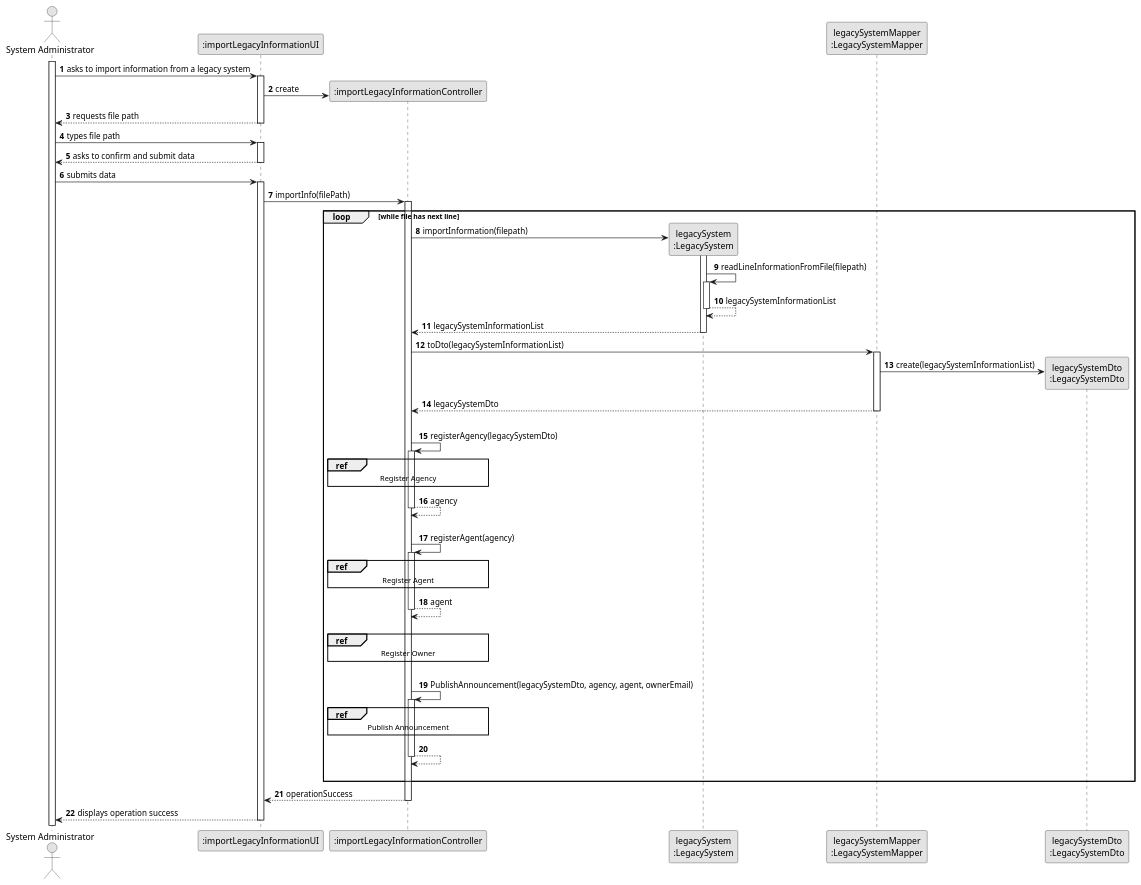
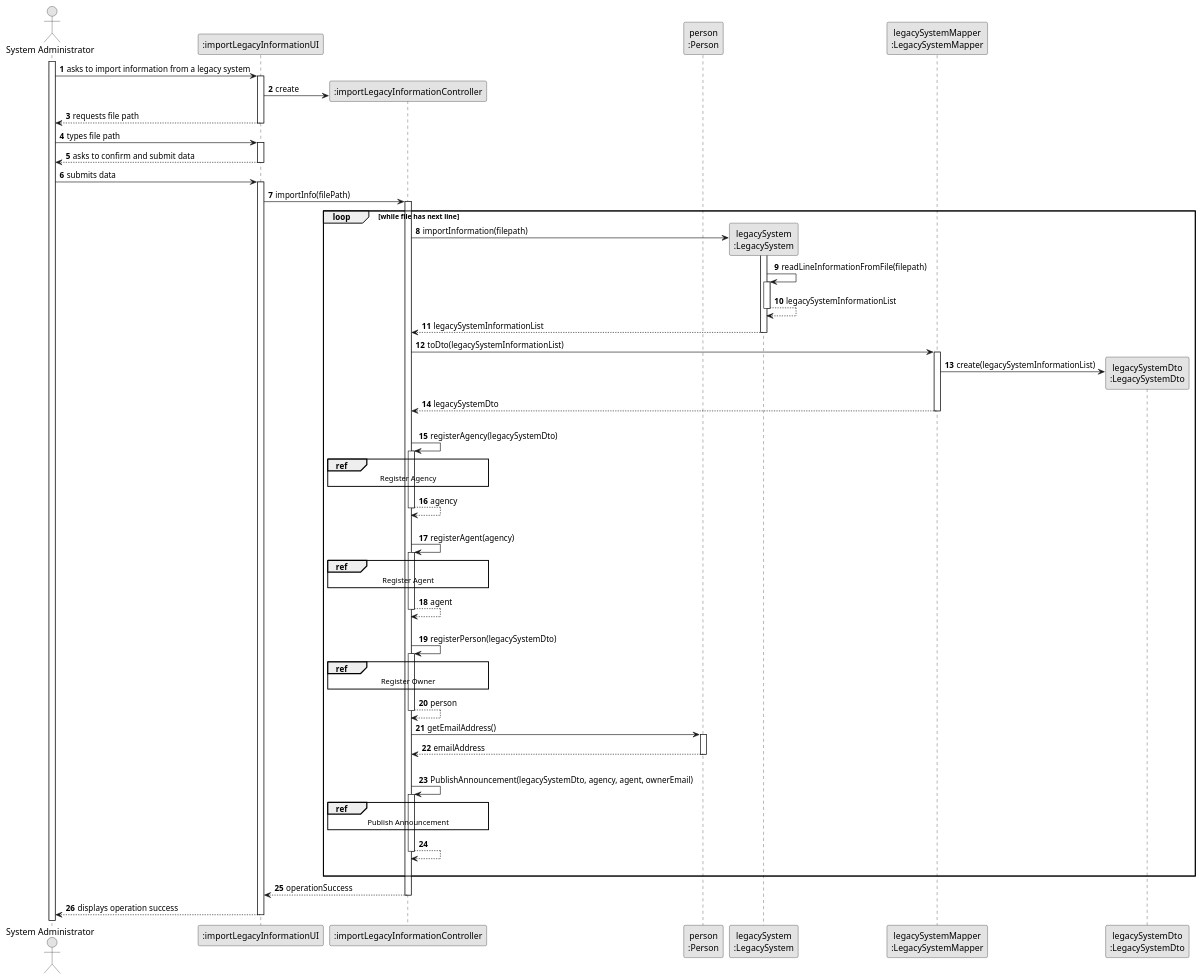
One commit to rita-barbosa/LAPR2-2223 changed the diagram in docs/sprintC/us012/03.design/puml/us012-sequence-diagram-split.puml. Above: the diagram before and after it, drawn with PlantUML.

Commit message:
Update SD split [US012][Design]

```diff
--- a/docs/sprintC/us012/03.design/puml/us012-sequence-diagram-split.puml
+++ b/docs/sprintC/us012/03.design/puml/us012-sequence-diagram-split.puml
@@ -1,100 +1,112 @@
 @startuml
 skinparam monochrome true
 skinparam packageStyle rectangle
 skinparam shadowing false
 
 autonumber
 
 'hide footbox
 actor "System Administrator" as ADM
 participant ":importLegacyInformationUI" as UI
 participant ":importLegacyInformationController" as CTRL
+participant "person\n:Person" as PERSON
 participant "legacySystem\n:LegacySystem" as LS
 participant "legacySystemMapper\n:LegacySystemMapper" as LSMapper
 participant "legacySystemDto\n:LegacySystemDto" as LSDto
 
 activate ADM
 
     ADM -> UI : asks to import information from a legacy system
     activate UI
 
     UI -> CTRL**: create
 
     UI --> ADM : requests file path
     deactivate UI
 
     ADM -> UI : types file path
     activate UI
 
     UI --> ADM : asks to confirm and submit data
     deactivate UI
 
     ADM -> UI : submits data
     activate UI
 
     UI -> CTRL: importInfo(filePath)
     activate CTRL
 
 
     loop while file has next line
 
       CTRL -> LS** : importInformation(filepath)
       activate LS
 
       LS -> LS : readLineInformationFromFile(filepath)
       activate LS
 
       LS --> LS: legacySystemInformationList
       deactivate LS
 
      CTRL <-- LS : legacySystemInformationList
       deactivate LS
 
       CTRL -> LSMapper : toDto(legacySystemInformationList)
       activate LSMapper
 
       LSMapper -> LSDto** : create(legacySystemInformationList)
 
       LSMapper --> CTRL : legacySystemDto
       deactivate LSMapper
 
     |||
     CTRL -> CTRL : registerAgency(legacySystemDto)
     activate CTRL
     ref over CTRL
         Register Agency
     end ref
     CTRL --> CTRL : agency
     deactivate CTRL
     |||
 
     CTRL -> CTRL : registerAgent(agency)
     activate CTRL
     ref over CTRL
         Register Agent
     end ref
     CTRL --> CTRL : agent
     deactivate CTRL
     |||
+
+    CTRL -> CTRL : registerPerson(legacySystemDto)
+    activate CTRL
     ref over CTRL
         Register Owner
     end ref
+    CTRL --> CTRL: person
+    deactivate CTRL
+
+    CTRL -> PERSON : getEmailAddress()
+    activate PERSON
+
+    PERSON --> CTRL : emailAddress
+    deactivate PERSON
 |||
     CTRL -> CTRL : PublishAnnouncement(legacySystemDto, agency, agent, ownerEmail)
     activate CTRL
     ref over CTRL
         Publish Announcement
     end ref
         CTRL --> CTRL
     deactivate CTRL
 
 |||
      end loop
 
     CTRL --> UI: operationSuccess
     deactivate CTRL
 
     UI --> ADM : displays operation success
     deactivate UI
 
 @enduml
```
